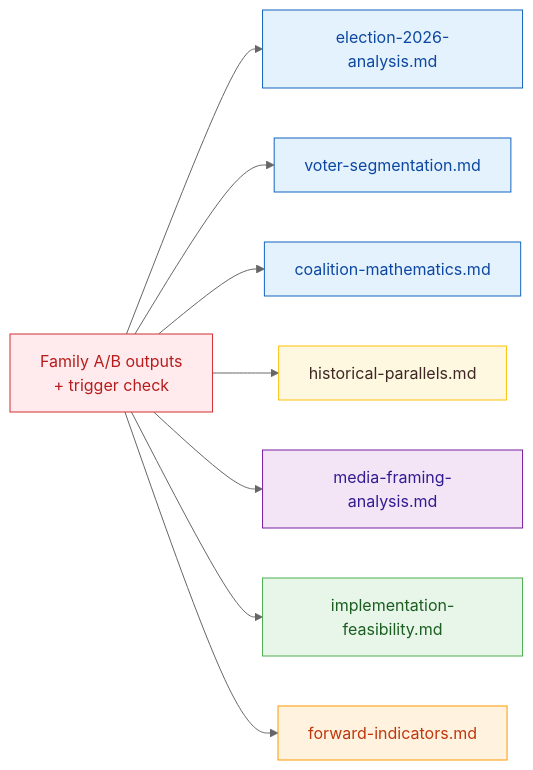
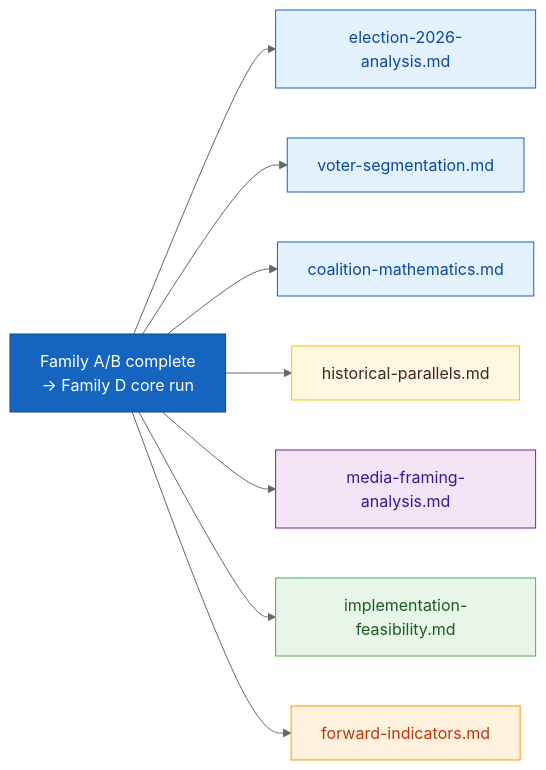
Before and after one commit to Hack23/riksdagsmonitor: the first of 9 diagrams in analysis/methodologies/electoral-domain-methodology.md, drawn with Mermaid (neutral theme). The commit also changed other lines of this file and 5 other files, not shown here.

````diff
--- a/analysis/methodologies/electoral-domain-methodology.md
+++ b/analysis/methodologies/electoral-domain-methodology.md
@@ -43,27 +43,27 @@
 ```mermaid
 flowchart LR
-    classDef trigger fill:#FFEBEE,stroke:#D32F2F,color:#B71C1C
+    classDef core fill:#1565C0,stroke:#0D47A1,color:#FFFFFF
     classDef electoral fill:#E3F2FD,stroke:#1565C0,color:#0D47A1
     classDef historical fill:#FFF8E1,stroke:#FFC107,color:#3E2723
     classDef media fill:#F3E5F5,stroke:#7B1FA2,color:#311B92
     classDef impl fill:#E8F5E9,stroke:#4CAF50,color:#1B5E20
     classDef fwd fill:#FFF3E0,stroke:#FF9800,color:#BF360C
 
-    T[Family A/B outputs<br/>+ trigger check]:::trigger
+    T[Family A/B complete<br/>→ Family D core run]:::core
 
     D1[election-2026-analysis.md]:::electoral
     D2[voter-segmentation.md]:::electoral
     D3[coalition-mathematics.md]:::electoral
     D4[historical-parallels.md]:::historical
     D5[media-framing-analysis.md]:::media
     D6[implementation-feasibility.md]:::impl
     D7[forward-indicators.md]:::fwd
 
     T --> D1
     T --> D2
     T --> D3
     T --> D4
     T --> D5
     T --> D6
     T --> D7
 ```
````
